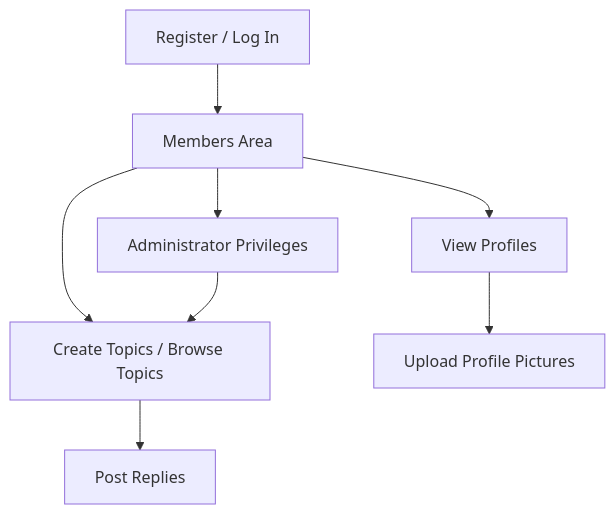
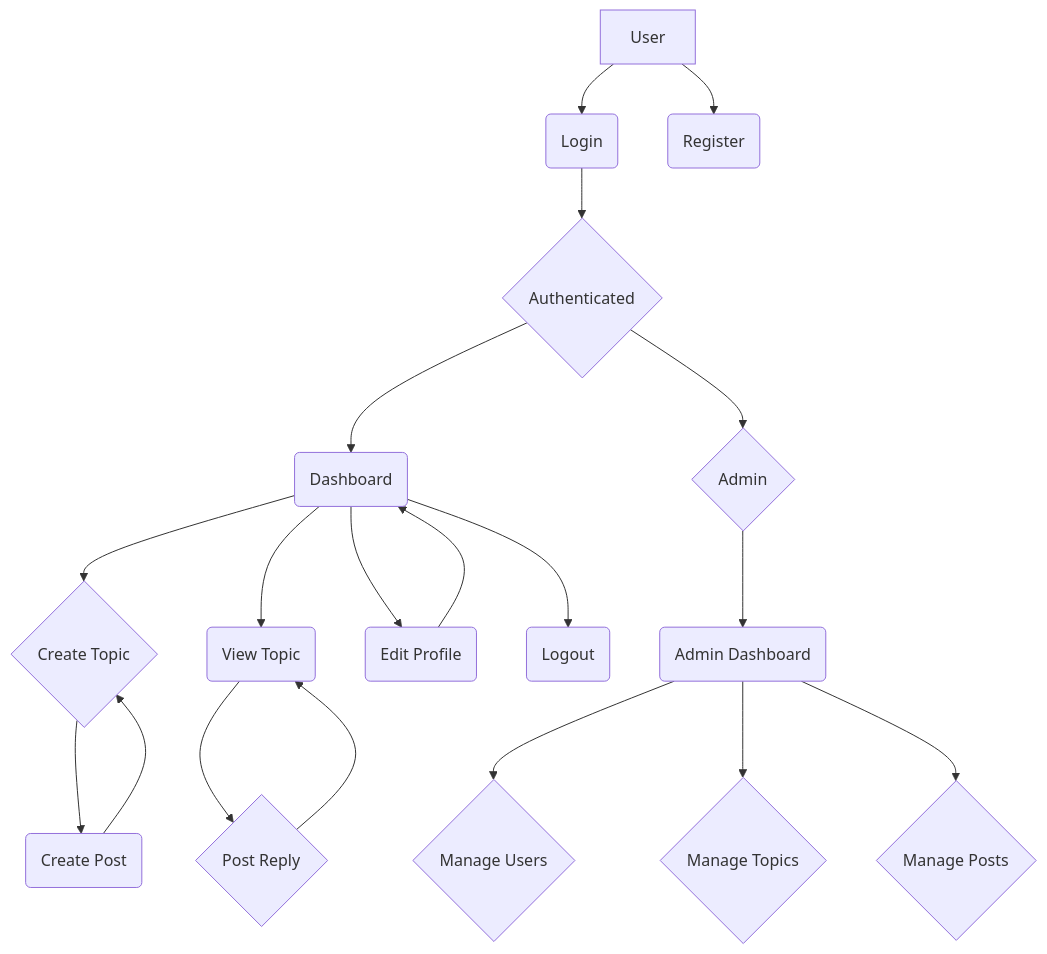
One commit to MiDo-kun/PHP_Forum changed the diagram in README.md. Above: the diagram before and after it, drawn with Mermaid. The commit also changed other lines of this file, not shown here.

Commit message:
Edit: README.md

````diff
--- a/README.md
+++ b/README.md
@@ -24,12 +20,21 @@
 ``` mermaid
-
-graph TD
-    A[Register / Log In] --> B[Members Area]
-    B --> C[Create Topics / Browse Topics]
-    C --> D[Post Replies]
-    B --> E[View Profiles]
-    E --> F[Upload Profile Pictures]
-    B --> G[Administrator Privileges]
-    G --> C
-
-  ```
+graph TD;
+    A[User] --> B(Login);
+    A --> C(Register);
+    B --> D{Authenticated};
+    D --> E(Dashboard);
+    E --> F{Create Topic};
+    F --> G(Create Post);
+    G --> F;
+    E --> H(View Topic);
+    H --> I{Post Reply};
+    I --> H;
+    E --> J(Edit Profile);
+    J --> E;
+    E --> K(Logout);
+    D --> L{Admin};
+    L --> M(Admin Dashboard);
+    M --> N{Manage Users};
+    M --> O{Manage Topics};
+    M --> P{Manage Posts};
+```
````
